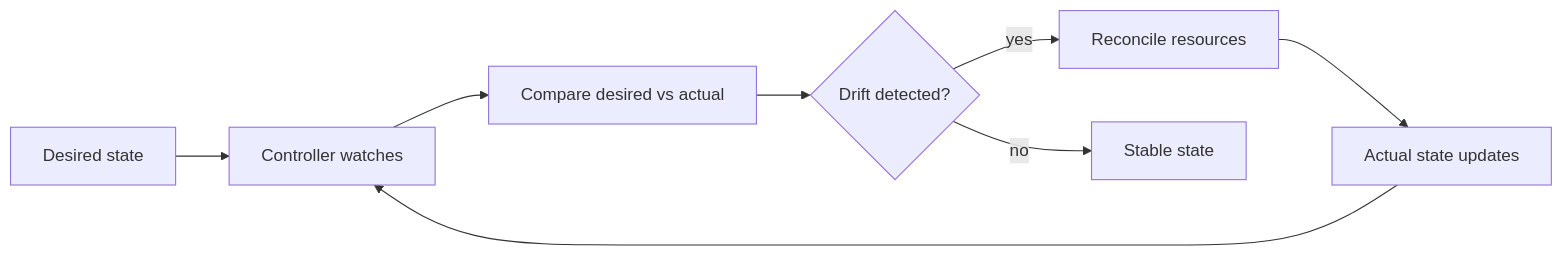
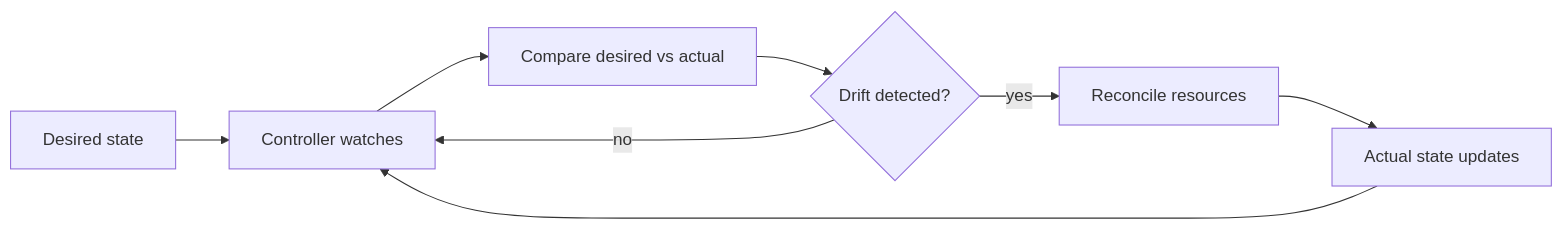
Before and after one commit to nicholasdille/container-slides: the third of 6 diagrams in 120_kubernetes/cluster-api/slides.md, drawn with Mermaid. The commit also changed other lines of this file and 4 other files, not shown here.

````diff
--- a/120_kubernetes/cluster-api/slides.md
+++ b/120_kubernetes/cluster-api/slides.md
@@ -98,10 +128,10 @@
 ```mermaid
 flowchart LR
     Desired[Desired state] --> Watch[Controller watches]
     Watch --> Compare[Compare desired vs actual]
     Compare --> Drift{Drift detected?}
     Drift -- yes --> Reconcile[Reconcile resources]
     Reconcile --> Actual[Actual state updates]
-    Drift -- no --> Stable[Stable state]
+    Drift -- no --> Watch
     Actual --> Watch
 ```
````
